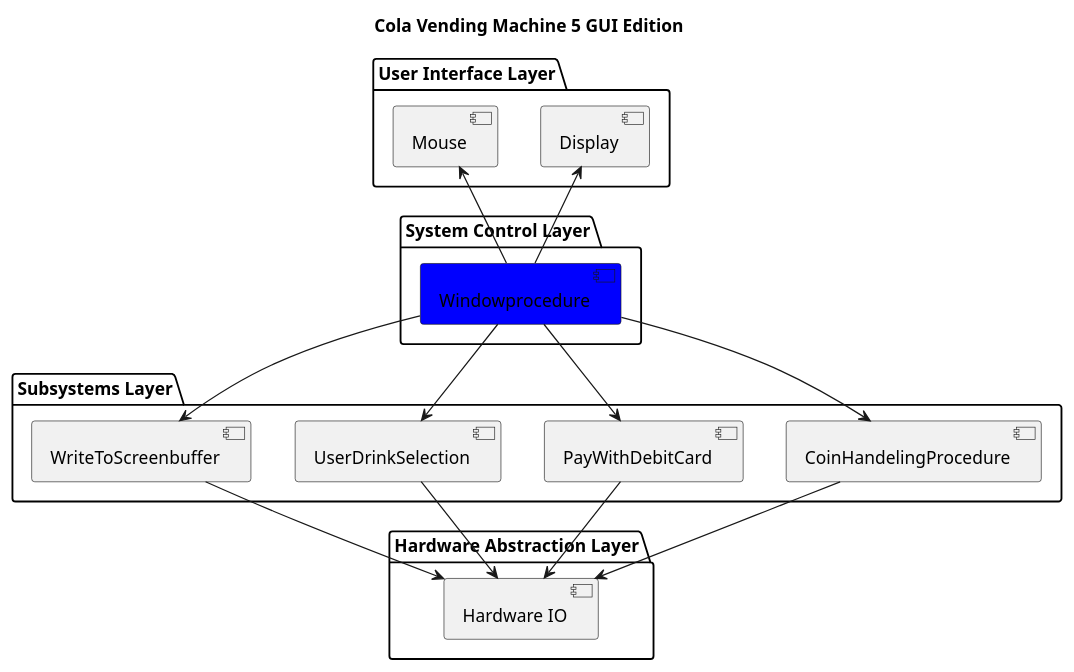
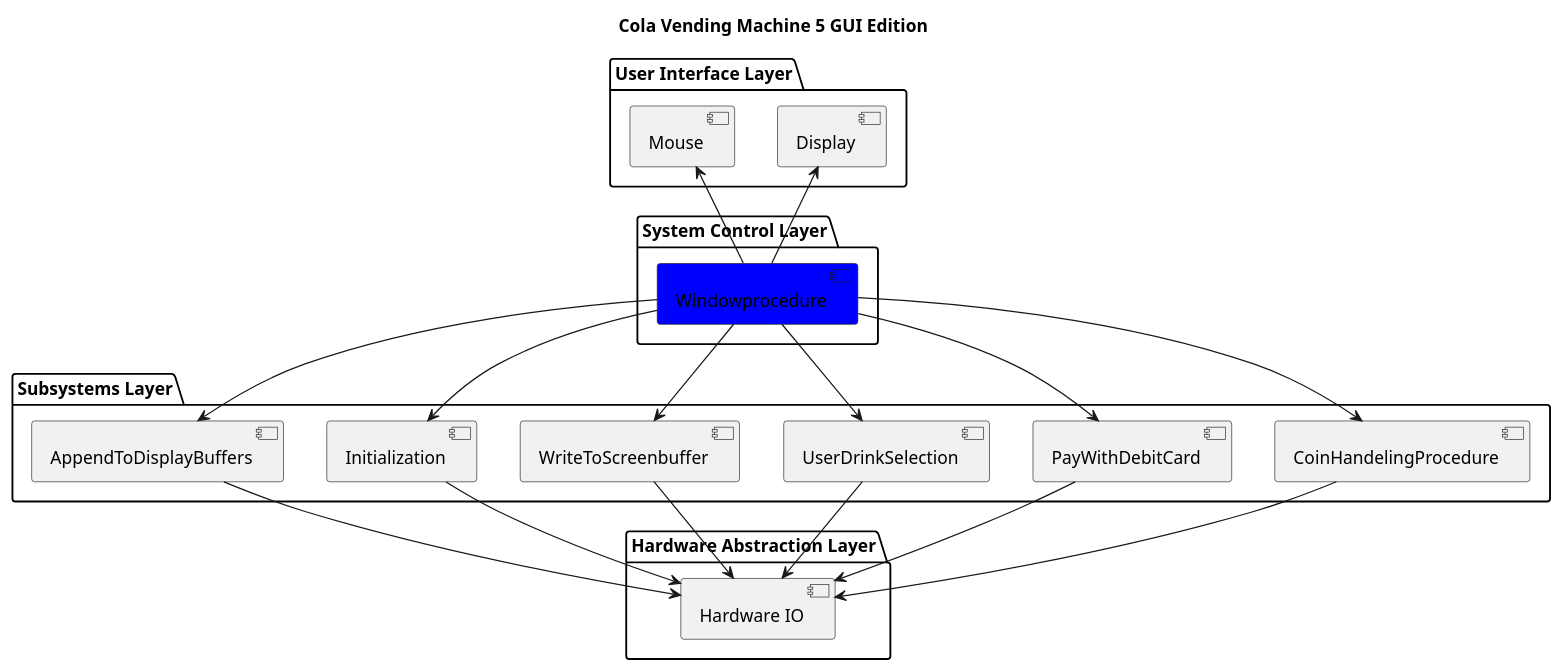
The diagram in Source/ColaVendingMachineGui/ColaVendingMachine-5-layer.puml (CupOfEspresso/ColaVendingMachine-5), drawn with PlantUML before and after one commit. The commit also changed 29 other files, not shown here.

```diff
--- a/Source/ColaVendingMachineGui/ColaVendingMachine-5-layer.puml
+++ b/Source/ColaVendingMachineGui/ColaVendingMachine-5-layer.puml
@@ -1,39 +1,44 @@
 @startuml
 
 title Cola Vending Machine 5 GUI Edition
 
 package "User Interface Layer" {
     [Display]
     [Mouse]
 }
 
 package "System Control Layer" {
     [Windowprocedure] #Blue
 }
 
 package "Subsystems Layer" {
     [CoinHandelingProcedure]
     [PayWithDebitCard]
     [UserDrinkSelection]
     [WriteToScreenbuffer]
+    [Initialization]
+    [AppendToDisplayBuffers]
 }
 
 package "Hardware Abstraction Layer" {
     [Hardware IO]
 }
 
 [Windowprocedure] -up-> [Mouse]
 [Windowprocedure] -up-> [Display]
 
 [Windowprocedure] -down-> [CoinHandelingProcedure]
 [Windowprocedure] -down-> [PayWithDebitCard]
 [Windowprocedure] -down-> [UserDrinkSelection]
 [Windowprocedure] -down-> [WriteToScreenbuffer]
+[Windowprocedure] -down-> [Initialization]
+[Windowprocedure] -down-> [AppendToDisplayBuffers]
 
 [CoinHandelingProcedure] -down-> [Hardware IO]
 [PayWithDebitCard] -down-> [Hardware IO]
 [UserDrinkSelection] -down-> [Hardware IO]
 [WriteToScreenbuffer] -down-> [Hardware IO]
-
+[Initialization] -down-> [Hardware IO]
+[AppendToDisplayBuffers] -down-> [Hardware IO]
 
 @enduml
```
